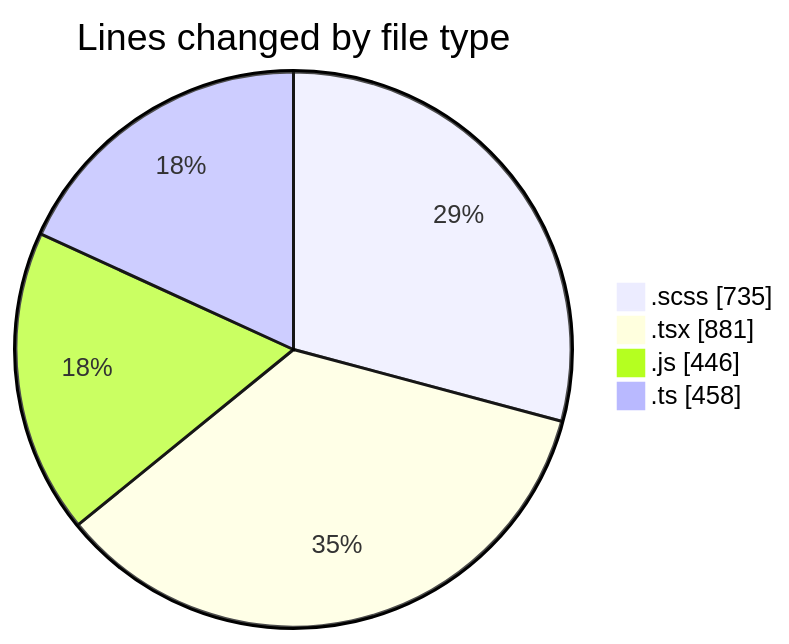
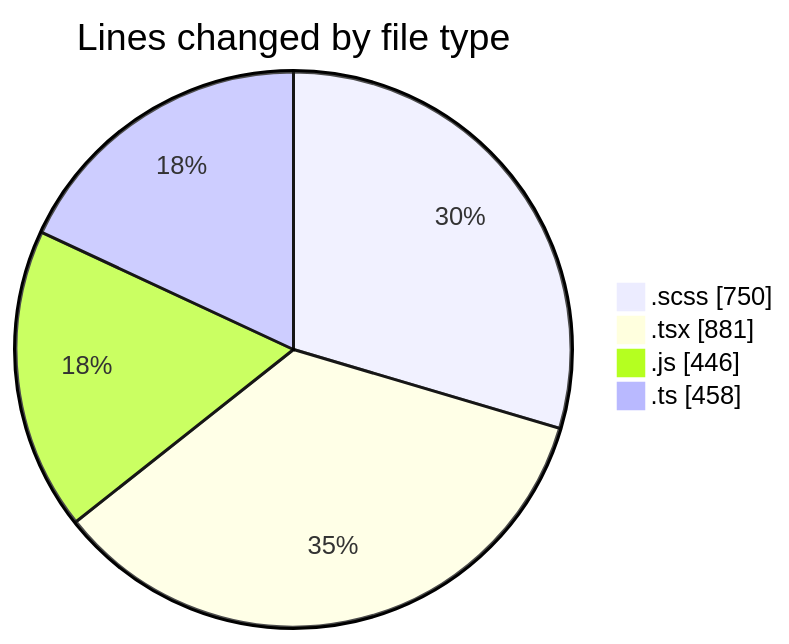
Before and after one commit to momahboobian/code-tracking: the first of 2 diagrams in 2025-03-14/cda/README.md, drawn with Mermaid. The commit also changed other lines of this file and 1 other file, not shown here.

````diff
--- a/2025-03-14/cda/README.md
+++ b/2025-03-14/cda/README.md
@@ -34,8 +34,8 @@
 ```mermaid
 pie showData
 title Lines changed by file type
-".scss" : 735
+".scss" : 750
 ".tsx" : 881
 ".js" : 446
 ".ts" : 458
 ```
````
